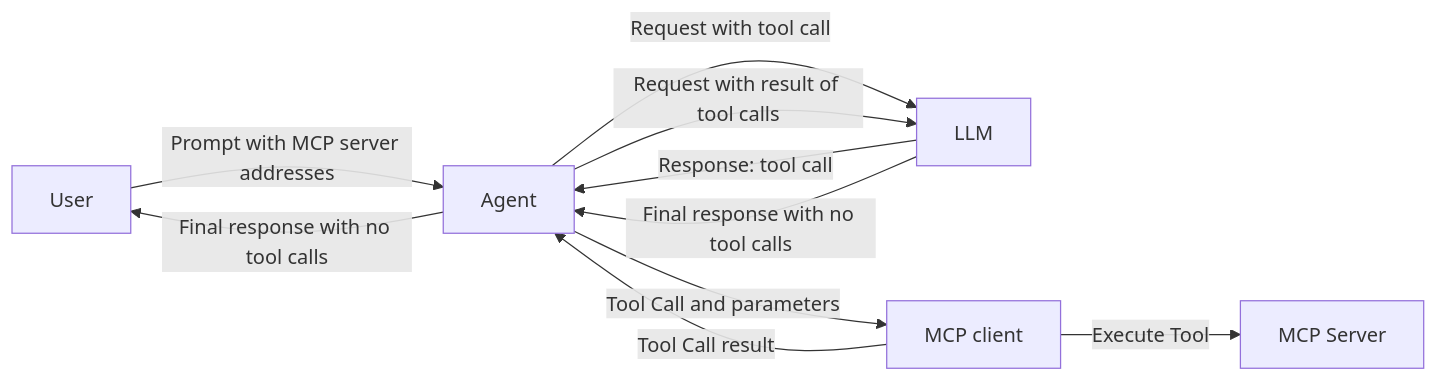
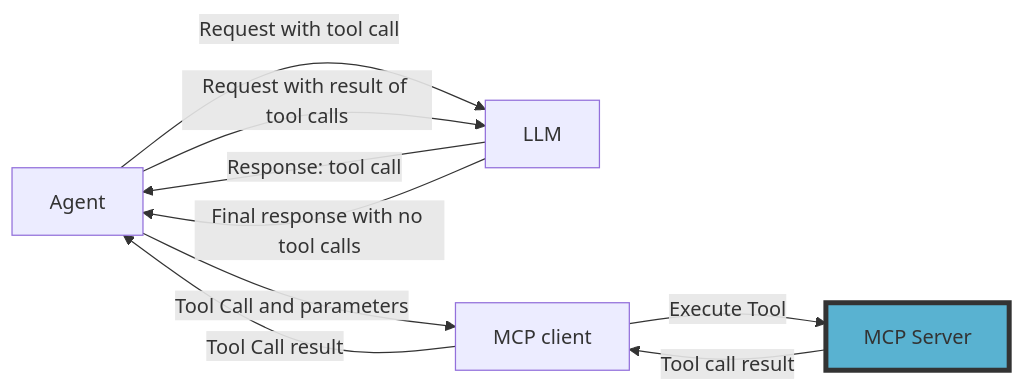
Before and after one commit to NYU-RTS/llm-forc: diagram 17 of 18 in presentation/slides.md, drawn with Mermaid. The commit also changed other lines of this file and 4 other files, not shown here.

````diff
--- a/presentation/slides.md
+++ b/presentation/slides.md
@@ -1172,12 +1211,13 @@
   ```mermaid {scale: 0.8}
   flowchart LR
-    U[User] -->|Prompt with MCP server addresses| A[Agent]
     A[Agent] -->|Request with tool call| M[LLM]
     M -->|Response: tool call| A
     A -->|Tool Call and parameters| C[MCP client]
     C -->|Tool Call result| A
     C -->|Execute Tool| S[MCP Server]
+    S -->|Tool call result| C
     A -->|Request with result of tool calls| M
     M -->|Final response with no tool calls| A
-    A -->|Final response with no tool calls| U
+    style S fill:#59B2D1,stroke:#333,stroke-width:4,font-size:16px
+
   ```
````
